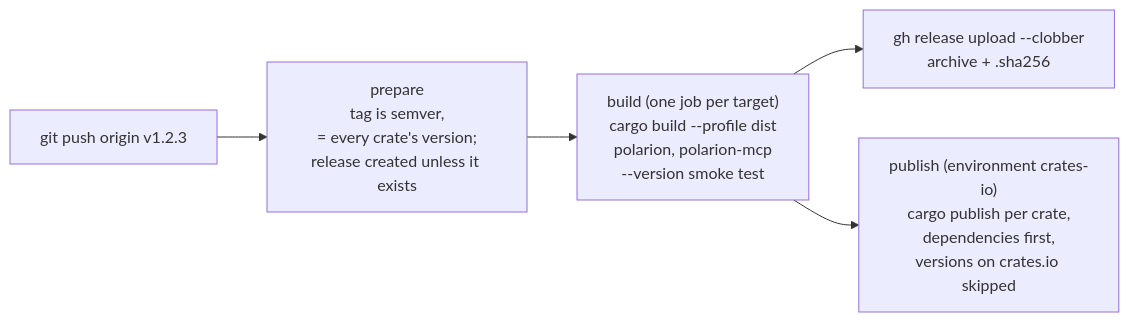
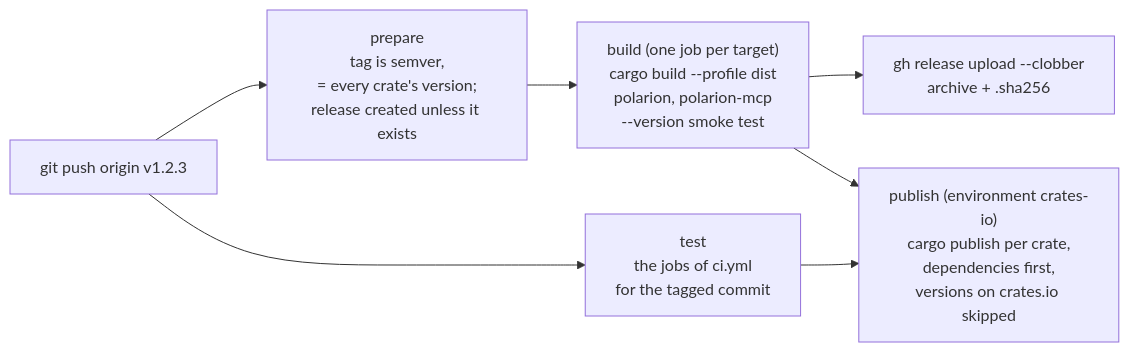
One commit to KevinGliewe/Polarion-rs changed the diagram in docs/releasing.md. Above: the diagram before and after it, drawn with Mermaid. The commit also changed other lines of this file and 15 other files, not shown here.

````diff
--- a/docs/releasing.md
+++ b/docs/releasing.md
@@ -5,7 +5,9 @@
 ```mermaid
 flowchart LR
     tag["git push origin v1.2.3"] --> prepare["prepare<br/>tag is semver,<br/>= every crate's version;<br/>release created unless it exists"]
     prepare --> build["build (one job per target)<br/>cargo build --profile dist<br/>polarion, polarion-mcp<br/>--version smoke test"]
     build --> upload["gh release upload --clobber<br/>archive + .sha256"]
+    tag --> test["test<br/>the jobs of ci.yml<br/>for the tagged commit"]
     build --> publish["publish (environment crates-io)<br/>cargo publish per crate,<br/>dependencies first,<br/>versions on crates.io skipped"]
+    test --> publish
 ```
````
